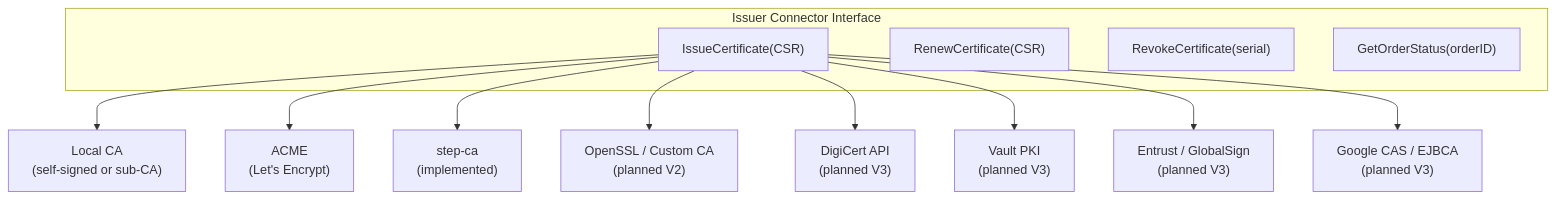
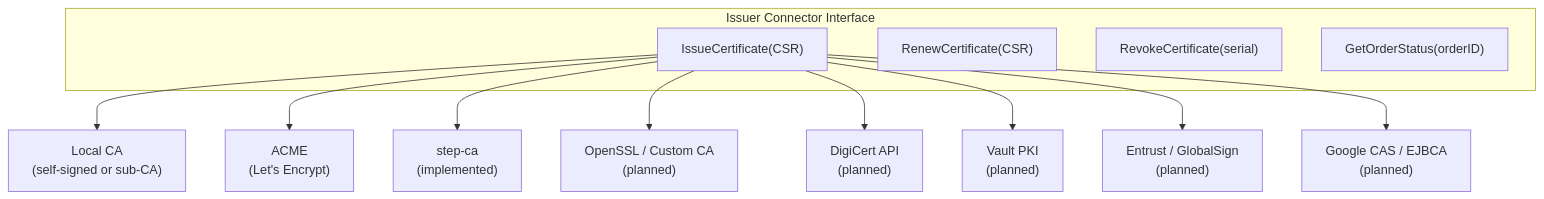
One commit to certctl-io/certctl changed the second of 6 diagrams in docs/demo-advanced.md. Above: the diagram before and after it, drawn with Mermaid. The commit also changed 3 other files, not shown here.

First line of the commit message:
docs: remove version labels from public docs to avoid telegraphing roadmap

````diff
--- a/docs/demo-advanced.md
+++ b/docs/demo-advanced.md
@@ -121,18 +121,18 @@
 ```mermaid
 flowchart TD
     subgraph "Issuer Connector Interface"
         A["IssueCertificate(CSR)"]
         B["RenewCertificate(CSR)"]
         C["RevokeCertificate(serial)"]
         D["GetOrderStatus(orderID)"]
     end
 
     A --> E["Local CA\n(self-signed or sub-CA)"]
     A --> F["ACME\n(Let's Encrypt)"]
     A --> G["step-ca\n(implemented)"]
-    A --> H["OpenSSL / Custom CA\n(planned V2)"]
-    A --> J["DigiCert API\n(planned V3)"]
-    A --> K["Vault PKI\n(planned V3)"]
-    A --> L["Entrust / GlobalSign\n(planned V3)"]
-    A --> M["Google CAS / EJBCA\n(planned V3)"]
+    A --> H["OpenSSL / Custom CA\n(planned)"]
+    A --> J["DigiCert API\n(planned)"]
+    A --> K["Vault PKI\n(planned)"]
+    A --> L["Entrust / GlobalSign\n(planned)"]
+    A --> M["Google CAS / EJBCA\n(planned)"]
 ```
````
